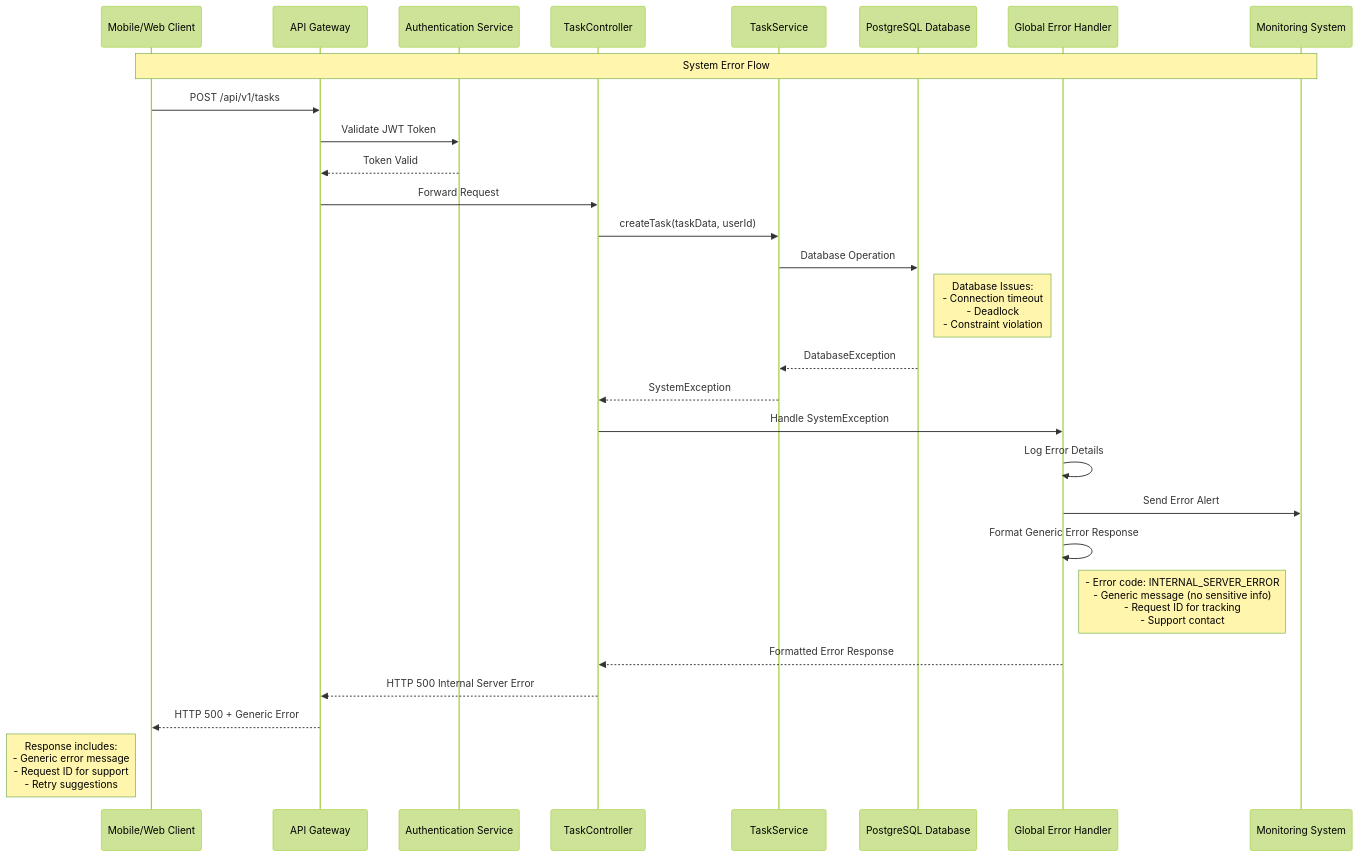
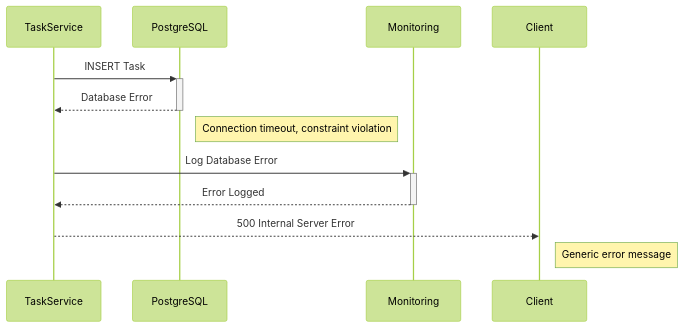
The fourth of 6 diagrams in API Development/Components and Sequence Diagrams/sequence_diagram.md (ThapaswiASC/SCIB-INCEPTION-PHASE-DEMO), drawn with Mermaid (forest theme) before and after one commit. The commit also changed other lines of this file and 1 other file, not shown here.

````diff
--- a/API Development/Components and Sequence Diagrams/sequence_diagram.md
+++ b/API Development/Components and Sequence Diagrams/sequence_diagram.md
@@ -201,39 +133,15 @@
 ```mermaid
 sequenceDiagram
-    participant Client as Mobile/Web Client
-    participant Gateway as API Gateway
-    participant Auth as Authentication Service
-    participant Controller as TaskController
     participant Service as TaskService
-    participant DB as PostgreSQL Database
-    participant ErrorHandler as Global Error Handler
-    participant Monitoring as Monitoring System
-
-    Note over Client,Monitoring: System Error Flow
+    participant DB as PostgreSQL
+    participant Monitor as Monitoring
+    participant Client
     
-    Client->>Gateway: POST /api/v1/tasks
-    Gateway->>Auth: Validate JWT Token
-    Auth-->>Gateway: Token Valid
-    
-    Gateway->>Controller: Forward Request
-    Controller->>Service: createTask(taskData, userId)
-    
-    Service->>DB: Database Operation
-    Note right of DB: Database Issues:<br/>- Connection timeout<br/>- Deadlock<br/>- Constraint violation
-    
-    DB-->>Service: DatabaseException
-    Service-->>Controller: SystemException
-    
-    Controller->>ErrorHandler: Handle SystemException
-    ErrorHandler->>ErrorHandler: Log Error Details
-    ErrorHandler->>Monitoring: Send Error Alert
-    
-    ErrorHandler->>ErrorHandler: Format Generic Error Response
-    Note right of ErrorHandler: - Error code: INTERNAL_SERVER_ERROR<br/>- Generic message (no sensitive info)<br/>- Request ID for tracking<br/>- Support contact
-    
-    ErrorHandler-->>Controller: Formatted Error Response
-    Controller-->>Gateway: HTTP 500 Internal Server Error
-    Gateway-->>Client: HTTP 500 + Generic Error
-    
-    Note left of Client: Response includes:<br/>- Generic error message<br/>- Request ID for support<br/>- Retry suggestions
+    Service->>+DB: INSERT Task
+    DB-->>-Service: Database Error
+    Note right of DB: Connection timeout, constraint violation
+    Service->>+Monitor: Log Database Error
+    Monitor-->>-Service: Error Logged
+    Service-->>Client: 500 Internal Server Error
+    Note right of Client: Generic error message
 ```
````
